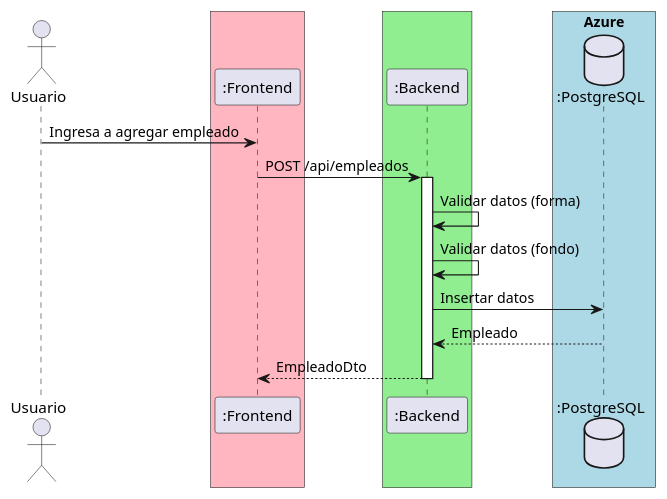
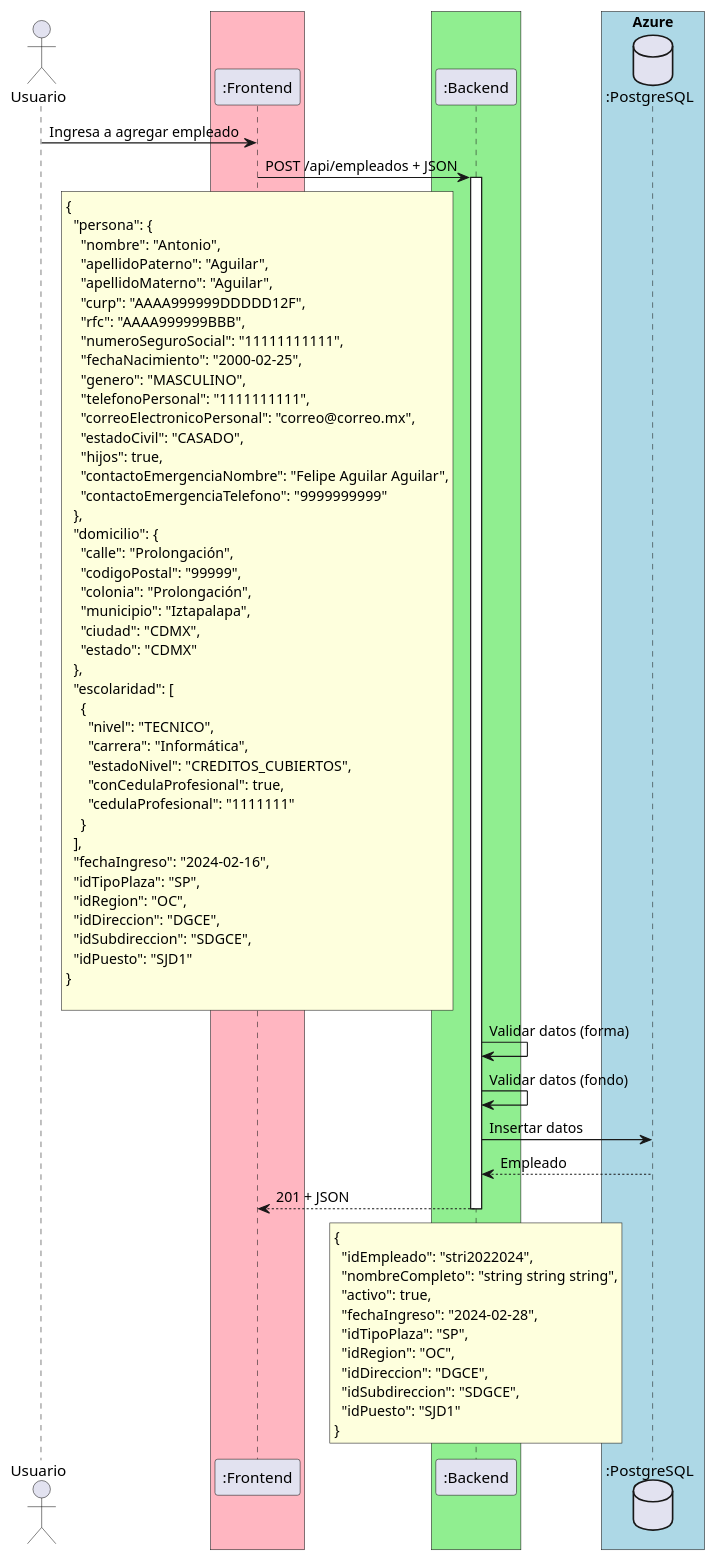
Before and after one commit to migueGO98/ProyectoSID: the diagram in docs/diagramasSecuencia/HU-01.puml, drawn with PlantUML. The commit also changed 2 other files, not shown here.

Commit message:
Diagrama secuencia FullStack y en backend

```diff
--- a/docs/diagramasSecuencia/HU-01.puml
+++ b/docs/diagramasSecuencia/HU-01.puml
@@ -1,23 +1,80 @@
 @startuml
 'https://plantuml.com/sequence-diagram
 
 actor Usuario as user
 box #LightPink
     participant ":Frontend" as front
 end box
 box #LightGreen
     participant ":Backend" as backend
 end box
 box "Azure" #LightBlue
     database ":PostgreSQL" as db
 end box
 
 user -> front: Ingresa a agregar empleado
-front -> backend++: POST /api/empleados
+front -> backend++: POST /api/empleados + JSON
+rnote over front
+{
+  "persona": {
+    "nombre": "Antonio",
+    "apellidoPaterno": "Aguilar",
+    "apellidoMaterno": "Aguilar",
+    "curp": "AAAA999999DDDDD12F",
+    "rfc": "AAAA999999BBB",
+    "numeroSeguroSocial": "11111111111",
+    "fechaNacimiento": "2000-02-25",
+    "genero": "MASCULINO",
+    "telefonoPersonal": "1111111111",
+    "correoElectronicoPersonal": "correo@correo.mx",
+    "estadoCivil": "CASADO",
+    "hijos": true,
+    "contactoEmergenciaNombre": "Felipe Aguilar Aguilar",
+    "contactoEmergenciaTelefono": "9999999999"
+  },
+  "domicilio": {
+    "calle": "Prolongación",
+    "codigoPostal": "99999",
+    "colonia": "Prolongación",
+    "municipio": "Iztapalapa",
+    "ciudad": "CDMX",
+    "estado": "CDMX"
+  },
+  "escolaridad": [
+    {
+      "nivel": "TECNICO",
+      "carrera": "Informática",
+      "estadoNivel": "CREDITOS_CUBIERTOS",
+      "conCedulaProfesional": true,
+      "cedulaProfesional": "1111111"
+    }
+  ],
+  "fechaIngreso": "2024-02-16",
+  "idTipoPlaza": "SP",
+  "idRegion": "OC",
+  "idDireccion": "DGCE",
+  "idSubdireccion": "SDGCE",
+  "idPuesto": "SJD1"
+}
+
+end note
   backend -> backend: Validar datos (forma)
   backend -> backend: Validar datos (fondo)
   backend -> db: Insertar datos
   backend <-- db: Empleado
-front <-- backend--: EmpleadoDto
+front <-- backend--: 201 + JSON
+rnote over backend
+{
+  "idEmpleado": "stri2022024",
+  "nombreCompleto": "string string string",
+  "activo": true,
+  "fechaIngreso": "2024-02-28",
+  "idTipoPlaza": "SP",
+  "idRegion": "OC",
+  "idDireccion": "DGCE",
+  "idSubdireccion": "SDGCE",
+  "idPuesto": "SJD1"
+}
+end note
 
 @enduml
```
